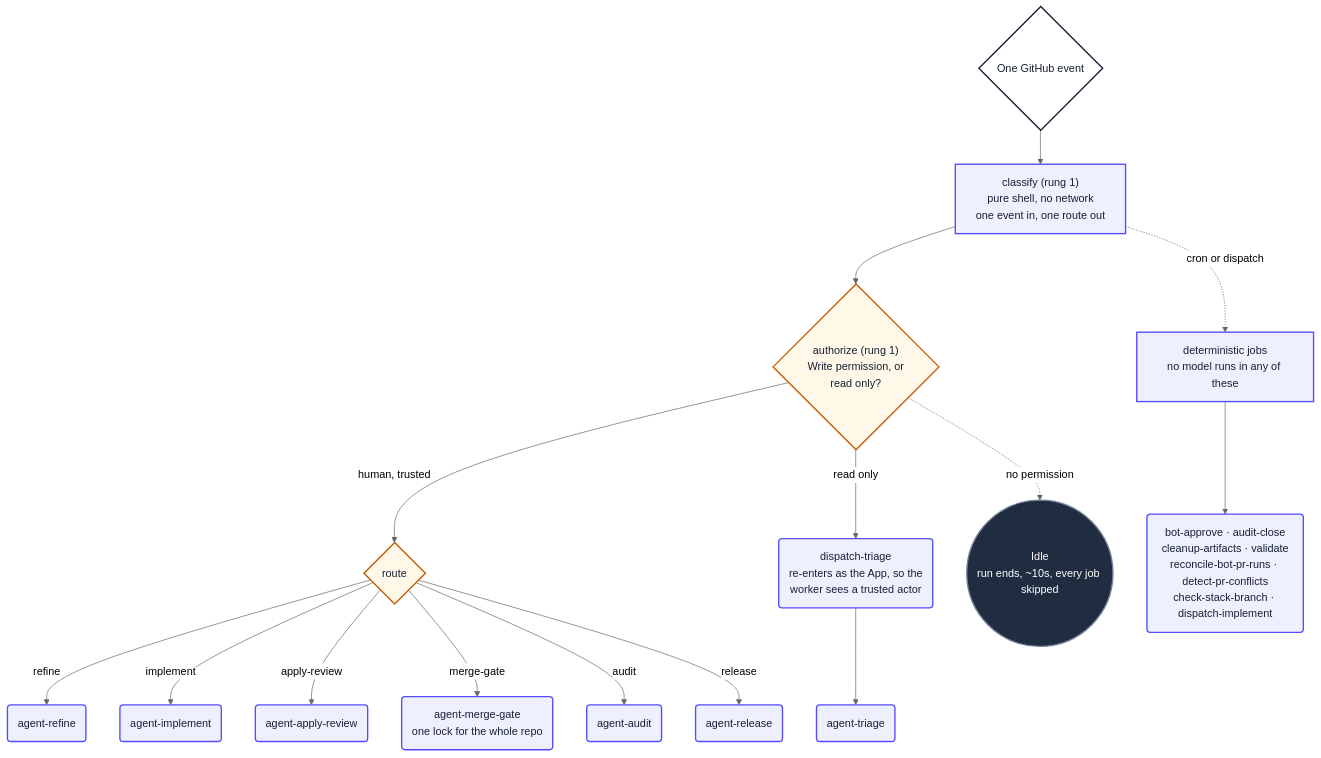
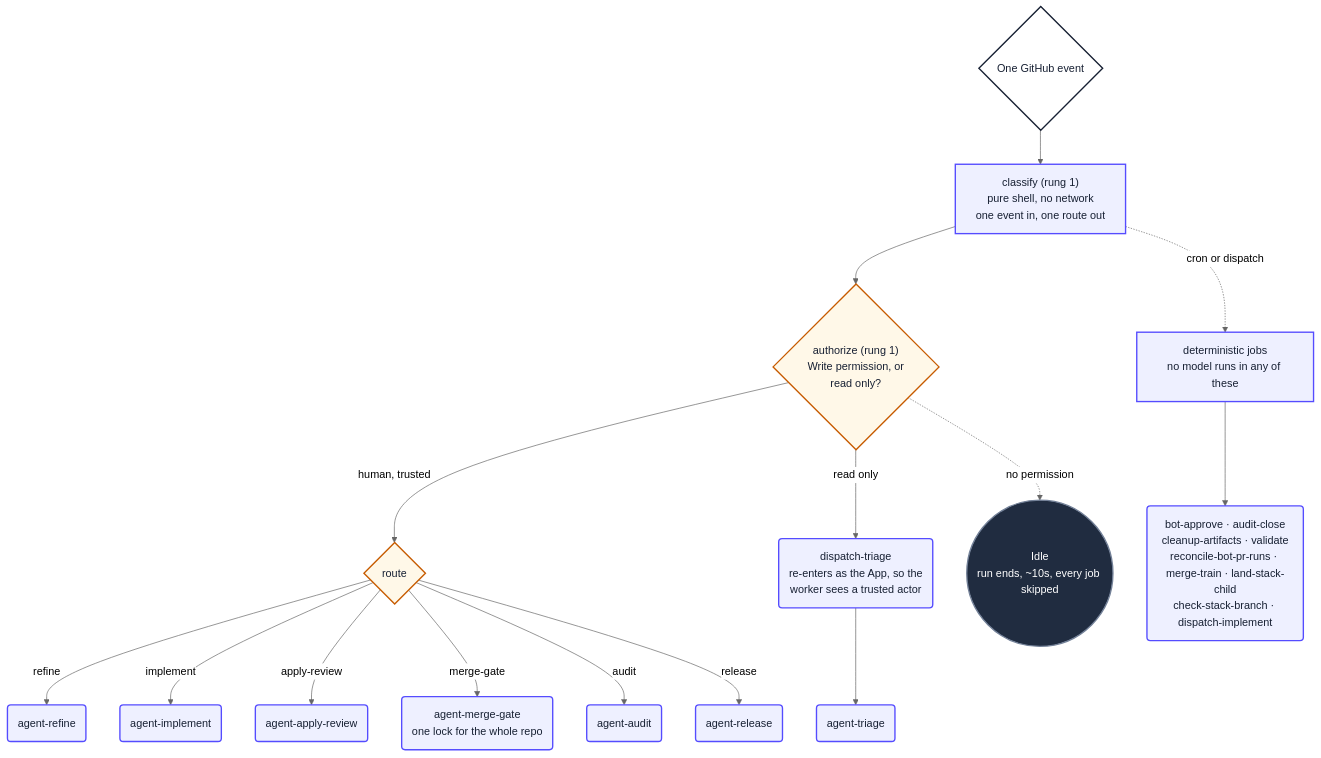
One commit to PlainConceptsPlatform/agentic-workflows changed the first of 15 diagrams in loops/docs/diagrams.md. Above: the diagram before and after it, drawn with Mermaid (neutral theme). The commit also changed other lines of this file and 21 other files, not shown here.

````diff
--- a/loops/docs/diagrams.md
+++ b/loops/docs/diagrams.md
@@ -36,36 +36,36 @@
 ```mermaid
 flowchart TD
     ev{"One GitHub event"} --> classify
     classify["classify (rung 1)<br/>pure shell, no network<br/>one event in, one route out"] --> authorize
     authorize{"authorize (rung 1)<br/>Write permission, or<br/>read only?"}
     authorize -->|"human, trusted"| work
     authorize -->|"read only"| triageOnly
     authorize -.->|"no permission"| idle
     work{"route"} -->|refine| wRefine
     work -->|implement| wImpl
     work -->|apply-review| wReview
     work -->|merge-gate| wGate
     work -->|audit| wAudit
     work -->|release| wRelease
     triageOnly("dispatch-triage<br/>re-enters as the App, so the<br/>worker sees a trusted actor") --> wTriage
     wRefine("agent-refine")
     wImpl("agent-implement")
     wReview("agent-apply-review")
     wGate("agent-merge-gate<br/>one lock for the whole repo")
     wAudit("agent-audit")
     wRelease("agent-release")
     wTriage("agent-triage")
     classify -.->|"cron or dispatch"| plumbing
     plumbing["deterministic jobs<br/>no model runs in any of these"] --> pJobs
-    pJobs("bot-approve · audit-close<br/>cleanup-artifacts · validate<br/>reconcile-bot-pr-runs · detect-pr-conflicts<br/>check-stack-branch · dispatch-implement")
+    pJobs("bot-approve · audit-close<br/>cleanup-artifacts · validate<br/>reconcile-bot-pr-runs · merge-train · land-stack-child<br/>check-stack-branch · dispatch-implement")
     idle(("Idle<br/>run ends, ~10s, every job skipped"))
 
     classDef start fill:#ffffff,stroke:#172033,stroke-width:2px,color:#172033
     classDef action fill:#eef0ff,stroke:#554cff,stroke-width:2px,color:#172033
     classDef decision fill:#fff8e8,stroke:#c75b00,stroke-width:2px,color:#172033
     classDef idle fill:#202c40,stroke:#738198,stroke-width:2px,color:#ffffff
     class ev start
     class classify,triageOnly,plumbing,pJobs,wRefine,wImpl,wReview,wGate,wAudit,wRelease,wTriage action
     class authorize,work decision
     class idle idle
 ```
````
